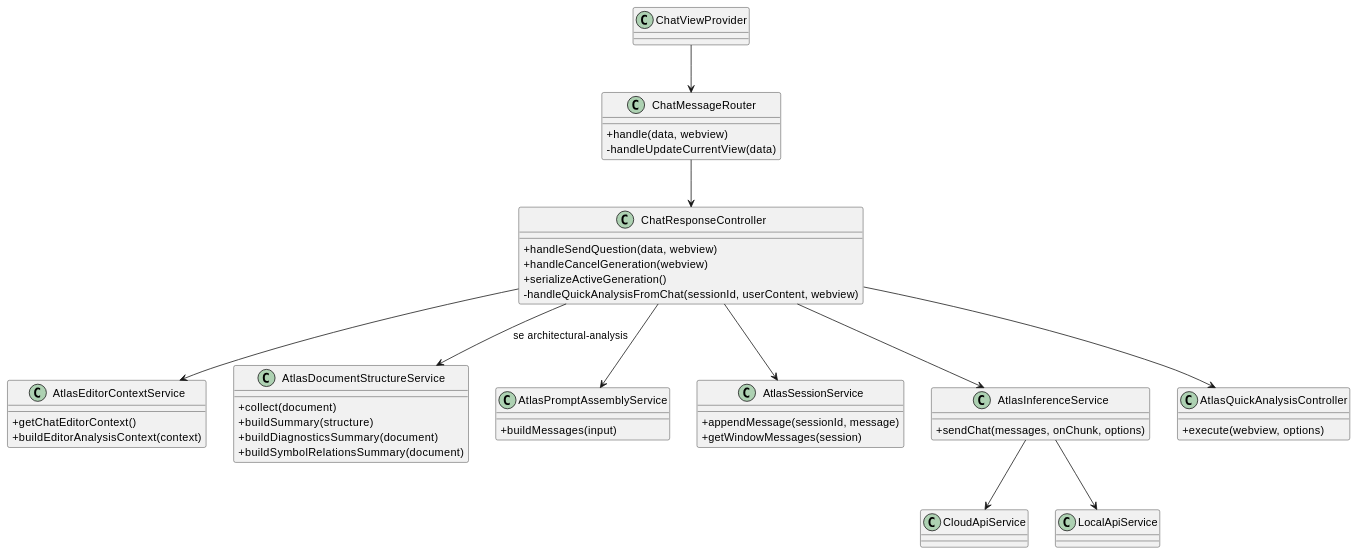
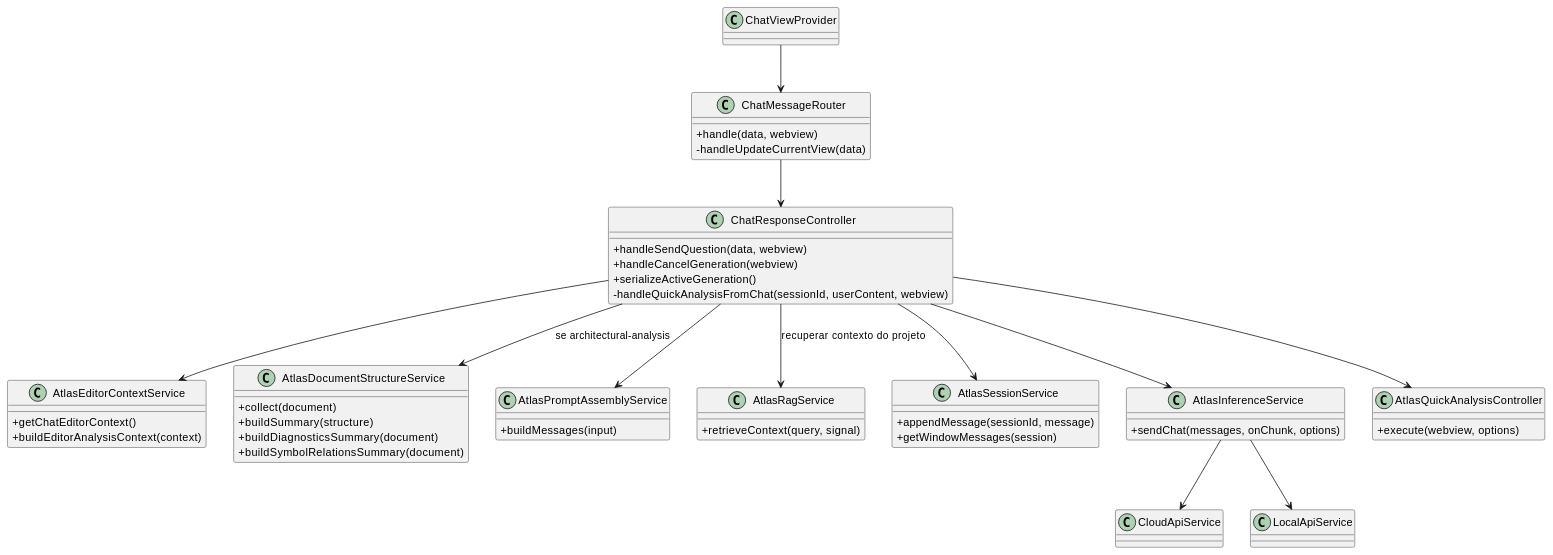
One commit to JVictorVI/ATLAS changed the first of 40 diagrams in docs/plantuml-diagramas-por-caso-de-uso-atlas.md. Above: the diagram before and after it, drawn with PlantUML. The commit also changed other lines of this file and 22 other files, not shown here.

````diff
--- a/docs/plantuml-diagramas-por-caso-de-uso-atlas.md
+++ b/docs/plantuml-diagramas-por-caso-de-uso-atlas.md
@@ -12,54 +12,58 @@
 ```plantuml
 @startuml
 skinparam shadowing false
 skinparam classAttributeIconSize 0
 
 class ChatViewProvider
 class ChatMessageRouter {
   +handle(data, webview)
   -handleUpdateCurrentView(data)
 }
 class ChatResponseController {
   +handleSendQuestion(data, webview)
   +handleCancelGeneration(webview)
   +serializeActiveGeneration()
   -handleQuickAnalysisFromChat(sessionId, userContent, webview)
 }
 class AtlasEditorContextService {
   +getChatEditorContext()
   +buildEditorAnalysisContext(context)
 }
 class AtlasDocumentStructureService {
   +collect(document)
   +buildSummary(structure)
   +buildDiagnosticsSummary(document)
   +buildSymbolRelationsSummary(document)
 }
 class AtlasPromptAssemblyService {
   +buildMessages(input)
 }
+class AtlasRagService {
+  +retrieveContext(query, signal)
+}
 class AtlasSessionService {
   +appendMessage(sessionId, message)
   +getWindowMessages(session)
 }
 class AtlasInferenceService {
   +sendChat(messages, onChunk, options)
 }
 class AtlasQuickAnalysisController {
   +execute(webview, options)
 }
 class CloudApiService
 class LocalApiService
 
 ChatViewProvider --> ChatMessageRouter
 ChatMessageRouter --> ChatResponseController
 ChatResponseController --> AtlasEditorContextService
 ChatResponseController --> AtlasDocumentStructureService : se architectural-analysis
+ChatResponseController --> AtlasRagService : recuperar contexto do projeto
 ChatResponseController --> AtlasPromptAssemblyService
 ChatResponseController --> AtlasSessionService
 ChatResponseController --> AtlasInferenceService
 ChatResponseController --> AtlasQuickAnalysisController
 AtlasInferenceService --> CloudApiService
 AtlasInferenceService --> LocalApiService
 @enduml
 ```
````
